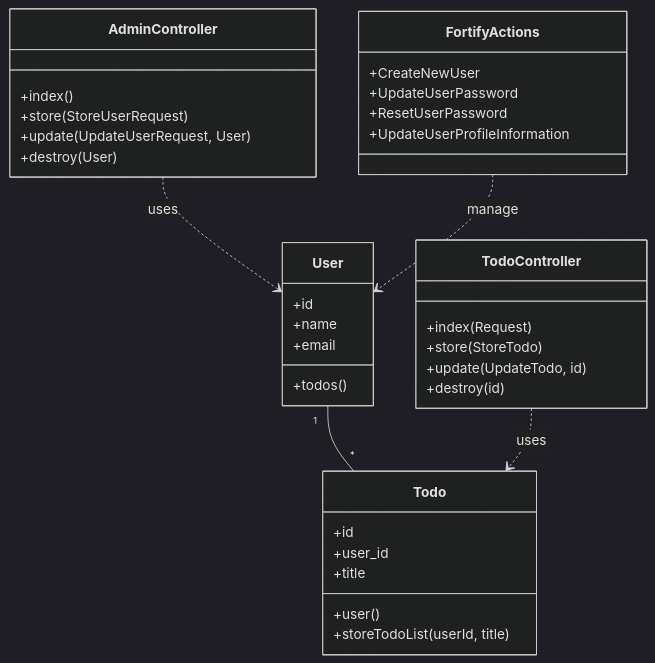
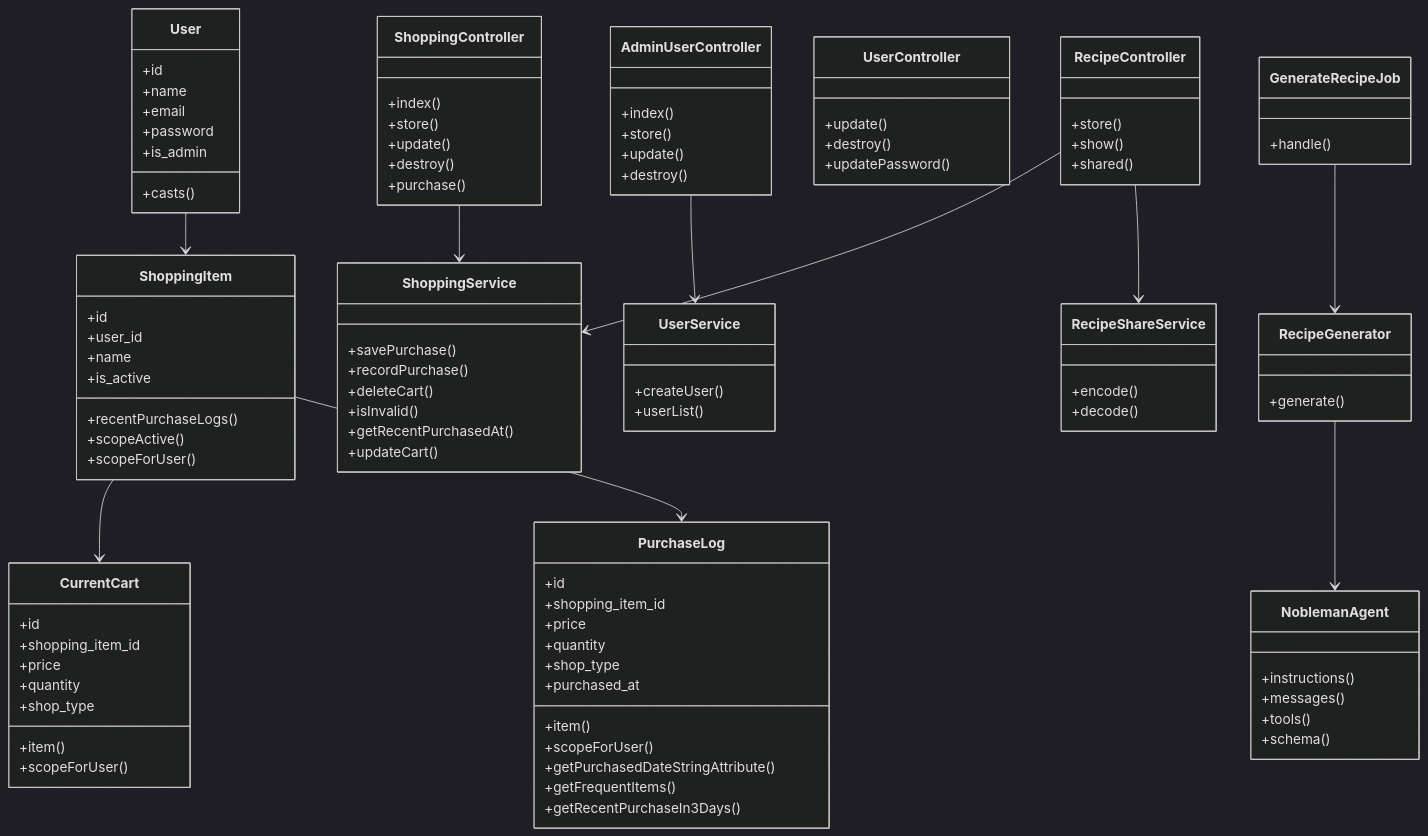
One commit to alcion-demo/react_shoppinglist changed the second of 2 diagrams in README.md. Above: the diagram before and after it, drawn with Mermaid (dark theme). The commit also changed other lines of this file and 28 other files, not shown here.

````diff
--- a/README.md
+++ b/README.md
@@ -201,39 +295,116 @@
 ```mermaid
 classDiagram
-  class User {
-    +id
-    +name
-    +email
-    +todos()
-  }
-  class Todo {
-    +id
-    +user_id
-    +title
-    +user()
-    +storeTodoList(userId, title)
-  }
-  class TodoController {
-    +index(Request)
-    +store(StoreTodo)
-    +update(UpdateTodo, id)
-    +destroy(id)
-  }
-  class AdminController {
-    +index()
-    +store(StoreUserRequest)
-    +update(UpdateUserRequest, User)
-    +destroy(User)
-  }
-  class FortifyActions {
-    +CreateNewUser
-    +UpdateUserPassword
-    +ResetUserPassword
-    +UpdateUserProfileInformation
-  }
+    class User {
+        +id
+        +name
+        +email
+        +password
+        +is_admin
+        +casts()
+    }
 
-  User "1" -- "*" Todo
-  TodoController ..> Todo : uses
-  AdminController ..> User : uses
-  FortifyActions ..> User : manage
+    class ShoppingItem {
+        +id
+        +user_id
+        +name
+        +is_active
+        +recentPurchaseLogs()
+        +scopeActive()
+        +scopeForUser()
+    }
+
+    class CurrentCart {
+        +id
+        +shopping_item_id
+        +price
+        +quantity
+        +shop_type
+        +item()
+        +scopeForUser()
+    }
+
+    class PurchaseLog {
+        +id
+        +shopping_item_id
+        +price
+        +quantity
+        +shop_type
+        +purchased_at
+        +item()
+        +scopeForUser()
+        +getPurchasedDateStringAttribute()
+        +getFrequentItems()
+        +getRecentPurchaseIn3Days()
+    }
+
+    class ShoppingController {
+        +index()
+        +store()
+        +update()
+        +destroy()
+        +purchase()
+    }
+
+    class AdminUserController {
+        +index()
+        +store()
+        +update()
+        +destroy()
+    }
+
+    class UserController {
+        +update()
+        +destroy()
+        +updatePassword()
+    }
+
+    class RecipeController {
+        +store()
+        +show()
+        +shared()
+    }
+
+    class ShoppingService {
+        +savePurchase()
+        +recordPurchase()
+        +deleteCart()
+        +isInvalid()
+        +getRecentPurchasedAt()
+        +updateCart()
+    }
+
+    class UserService {
+        +createUser()
+        +userList()
+    }
+
+    class RecipeGenerator {
+        +generate()
+    }
+
+    class NoblemanAgent {
+        +instructions()
+        +messages()
+        +tools()
+        +schema()
+    }
+
+    class GenerateRecipeJob {
+        +handle()
+    }
+
+    class RecipeShareService {
+        +encode()
+        +decode()
+    }
+
+    User --> ShoppingItem
+    ShoppingItem --> CurrentCart
+    ShoppingItem --> PurchaseLog
+    ShoppingController --> ShoppingService
+    AdminUserController --> UserService
+    RecipeController --> ShoppingService
+    RecipeController --> RecipeShareService
+    GenerateRecipeJob --> RecipeGenerator
+    RecipeGenerator --> NoblemanAgent
 ```
````
